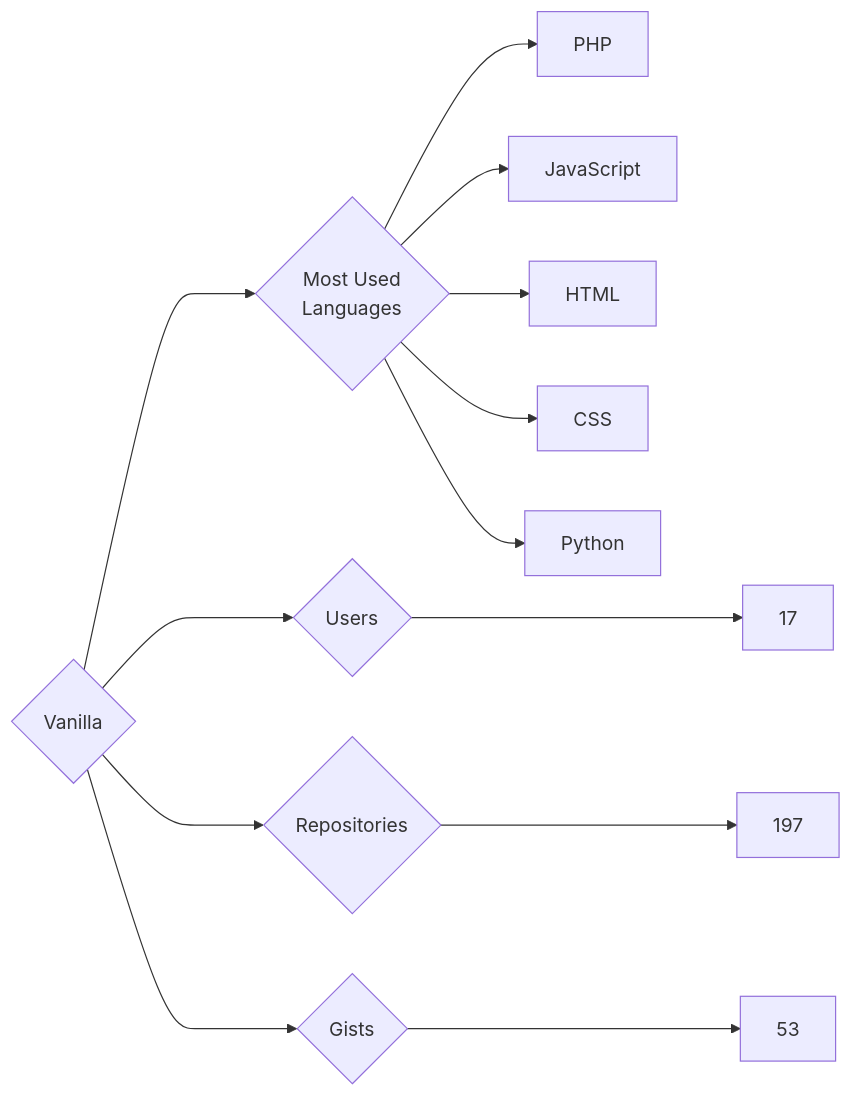
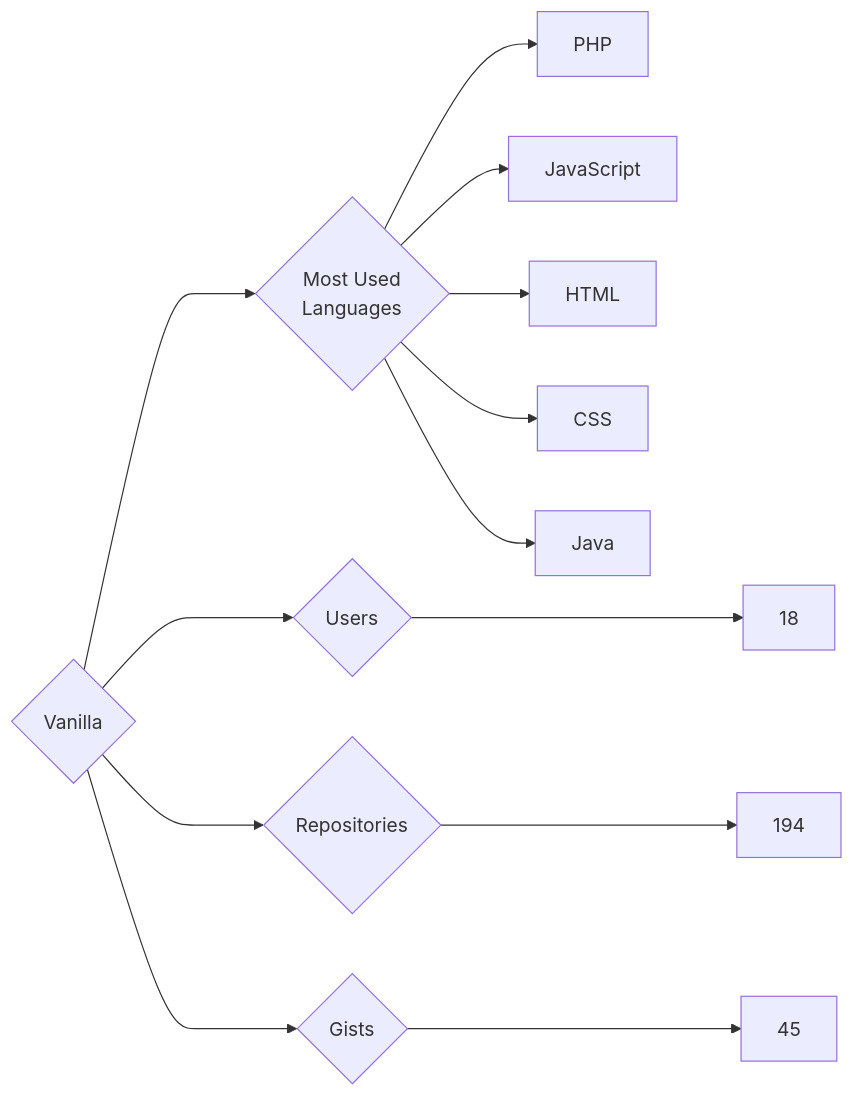
The diagram in targets/Vanilla/README.md (trickest/insiders), drawn with Mermaid before and after one commit. The commit also changed 912 other files, not shown here.

````diff
--- a/targets/Vanilla/README.md
+++ b/targets/Vanilla/README.md
@@ -3,13 +3,13 @@
 ```mermaid
 graph LR
 COMPANY_NAME{Vanilla}
-COMPANY_NAME ---> U{Users} ---> UN[17]
-COMPANY_NAME ---> R{Repositories} ---> RN[197]
-COMPANY_NAME ---> G{Gists} ---> GN[53]
+COMPANY_NAME ---> U{Users} ---> UN[18]
+COMPANY_NAME ---> R{Repositories} ---> RN[194]
+COMPANY_NAME ---> G{Gists} ---> GN[45]
 COMPANY_NAME ---> ML{Most Used<br>Languages}
 ML --> PHP[PHP]
 ML --> JavaScript[JavaScript]
 ML --> HTML[HTML]
 ML --> CSS[CSS]
-ML --> Python[Python]
+ML --> Java[Java]
 ```
````
